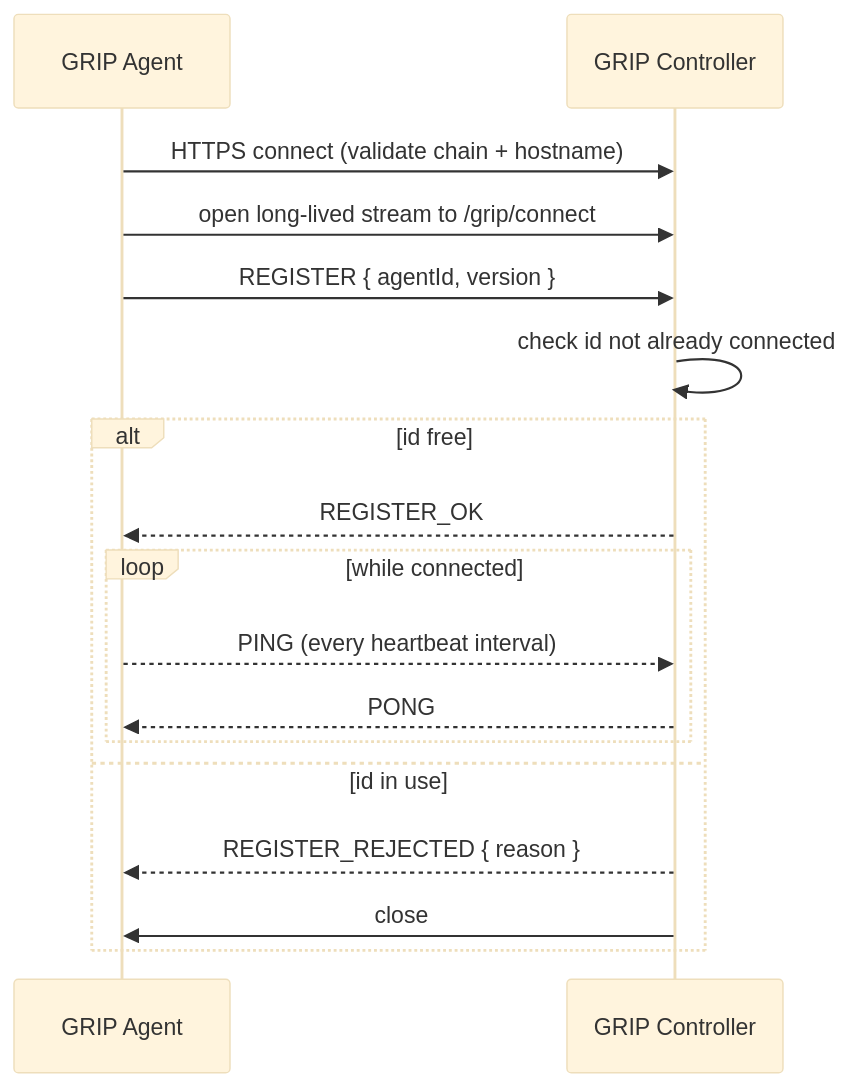
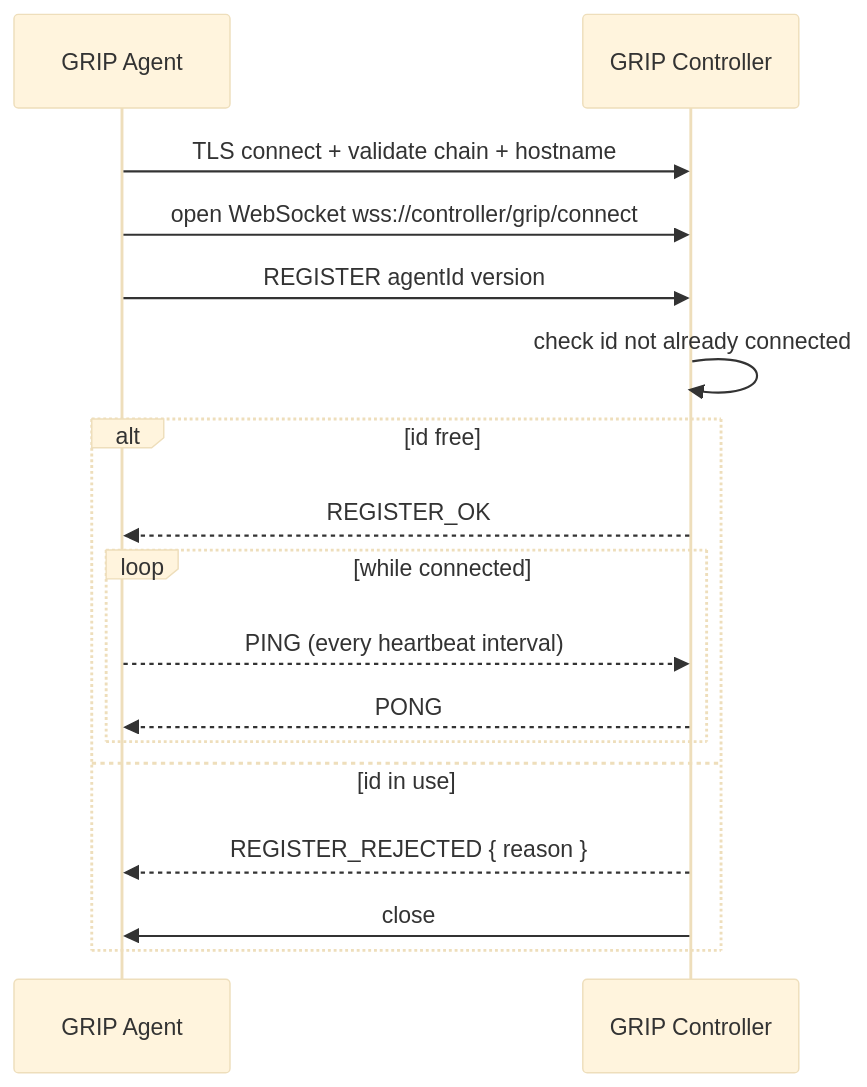
One commit to johnjoeallen/grip changed the second of 6 diagrams in docs/architecture.md. Above: the diagram before and after it, drawn with Mermaid (base theme). The commit also changed other lines of this file and 29 other files, not shown here.

First line of the commit message:
Stage 1a: Agent connects to the Controller and registers (#48)

````diff
--- a/docs/architecture.md
+++ b/docs/architecture.md
@@ -53,20 +53,20 @@
 ```mermaid
 sequenceDiagram
     participant A as GRIP Agent
     participant C as GRIP Controller
 
-    A->>C: HTTPS connect (validate chain + hostname)
-    A->>C: open long-lived stream to /grip/connect
-    A->>C: REGISTER { agentId, version }
+    A->>C: TLS connect + validate chain + hostname
+    A->>C: open WebSocket wss://controller/grip/connect
+    A->>C: REGISTER agentId version
     C->>C: check id not already connected
     alt id free
         C-->>A: REGISTER_OK
         loop while connected
             A-->>C: PING (every heartbeat interval)
             C-->>A: PONG
         end
     else id in use
         C-->>A: REGISTER_REJECTED { reason }
         C->>A: close
     end
 ```
````
